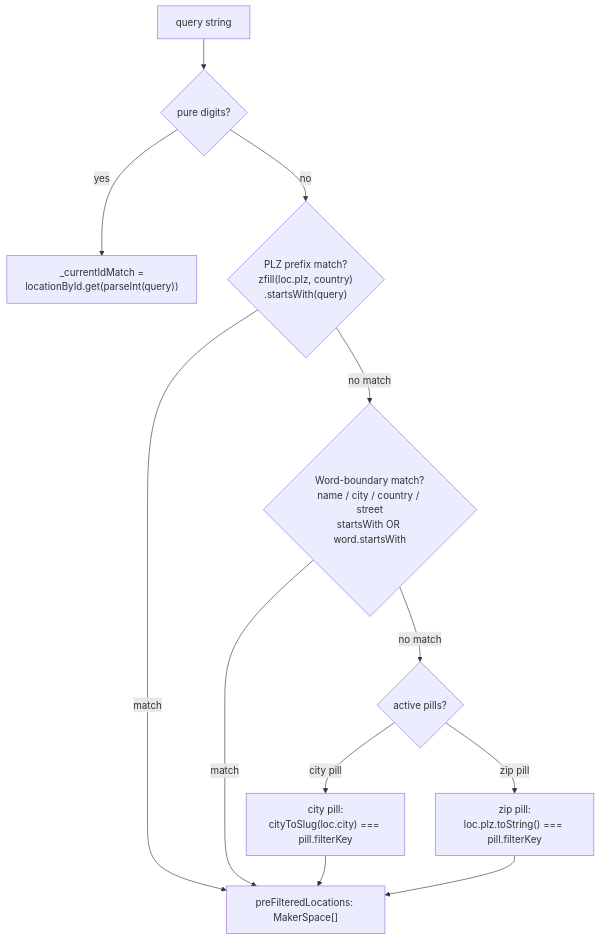
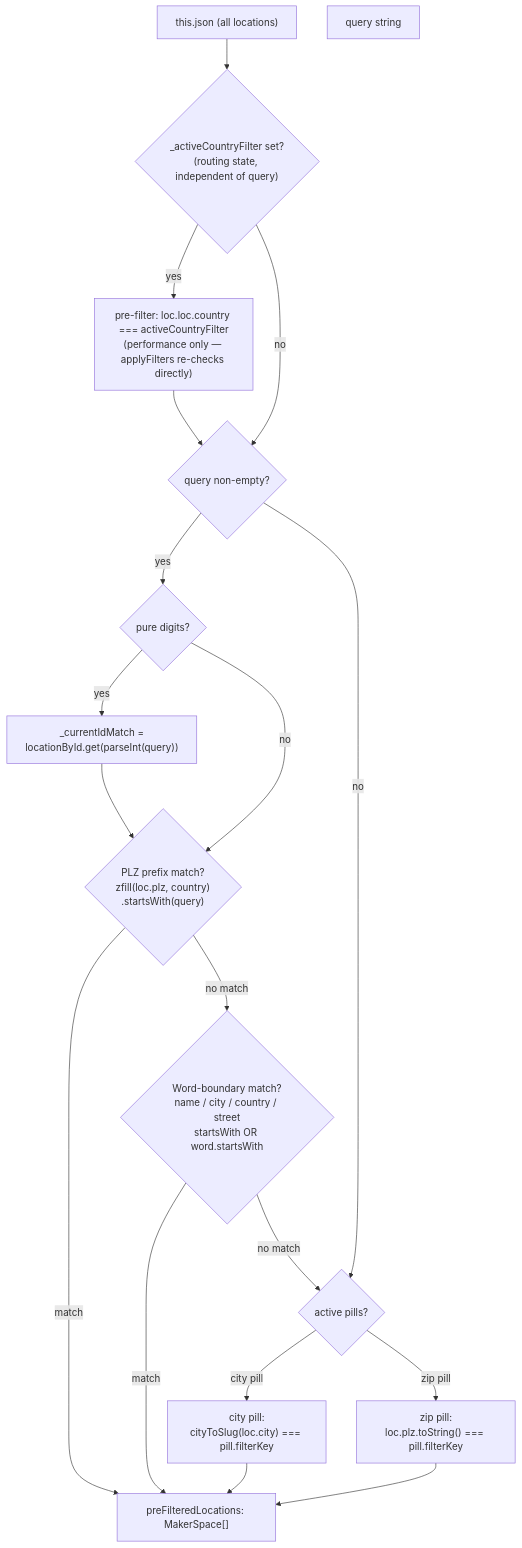
One commit to 01msmr/makerspac.es changed the ninth of 19 diagrams in architecture-diagram.md. Above: the diagram before and after it, drawn with Mermaid. The commit also changed other lines of this file and 2 other files, not shown here.

Commit message:
Fix country+workshop filter, update diagrams

````diff
--- a/architecture-diagram.md
+++ b/architecture-diagram.md
@@ -524,29 +527,39 @@
 ```mermaid
 flowchart TB
 
+START["this.json (all locations)"]
 QUERY["query string"]
 
-D1{"pure digits?"}
+COUNTRY{"_activeCountryFilter set?\n(routing state, independent of query)"}
+CFILT["pre-filter: loc.loc.country === activeCountryFilter\n(performance only — applyFilters re-checks directly)"]
+
+D1{"query non-empty?"}
+D1b{"pure digits?"}
 IDMATCH["_currentIdMatch =\nlocationById.get(parseInt(query))"]
 
 D2{"PLZ prefix match?\nzfill(loc.plz, country)\n.startsWith(query)"}
 
 D3{"Word-boundary match?\nname / city / country / street\nstartsWith OR word.startsWith"}
 
 PILL{"active pills?"}
 PCITY["city pill:\ncityToSlug(loc.city) === pill.filterKey"]
 PZIP["zip pill:\nloc.plz.toString() === pill.filterKey"]
 
 OUT["preFilteredLocations: MakerSpace[]"]
 
-QUERY --> D1
-D1 -->|yes| IDMATCH
-D1 -->|no| D2
+START --> COUNTRY
+COUNTRY -->|yes| CFILT --> D1
+COUNTRY -->|no| D1
+D1 -->|yes| D1b
+D1 -->|no| PILL
+D1b -->|yes| IDMATCH
+D1b -->|no| D2
 D2 -->|match| OUT
 D2 -->|no match| D3
 D3 -->|match| OUT
 D3 -->|no match| PILL
 PILL -->|city pill| PCITY
 PILL -->|zip pill| PZIP
 PCITY & PZIP --> OUT
+IDMATCH --> D2
 ```
````
